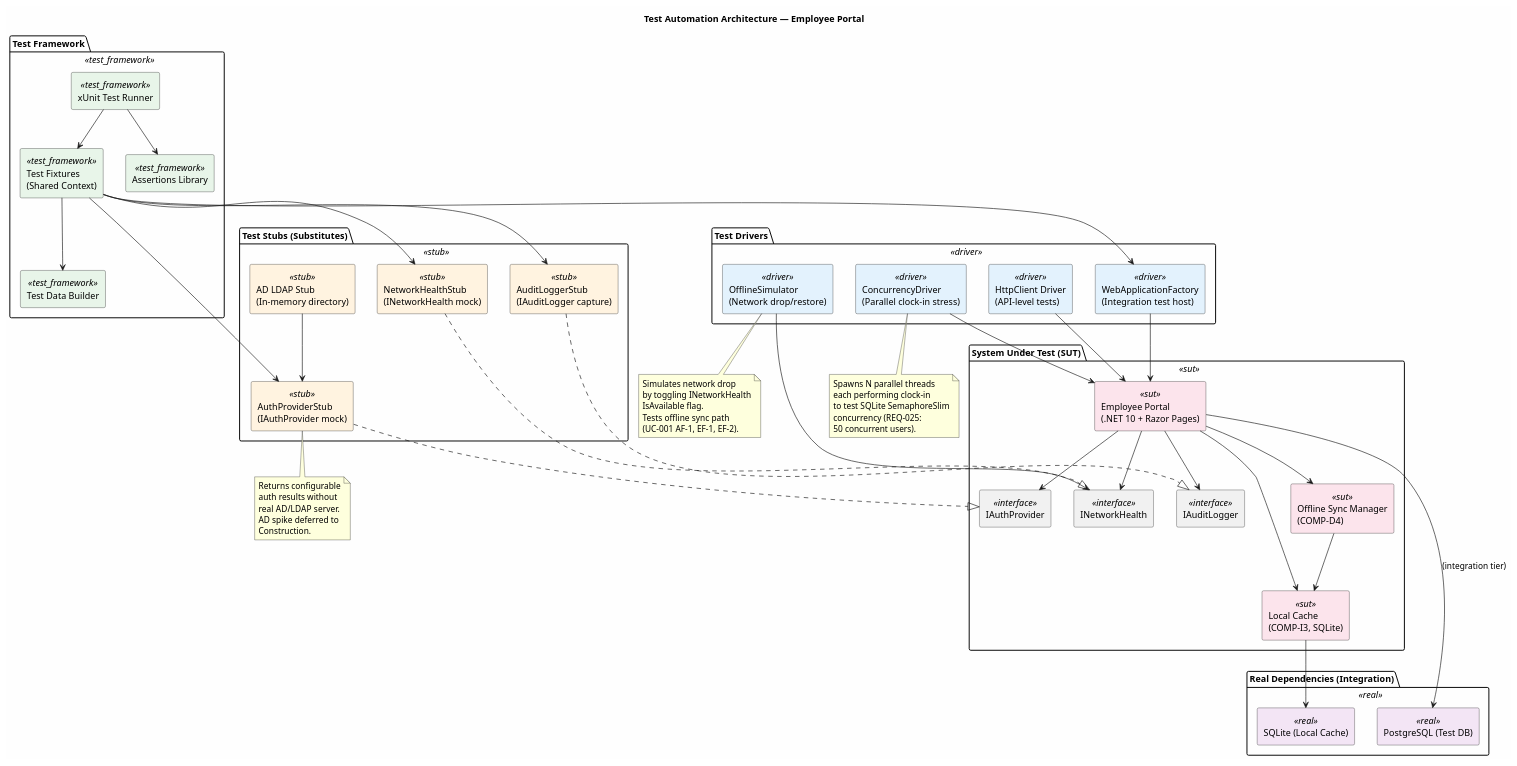
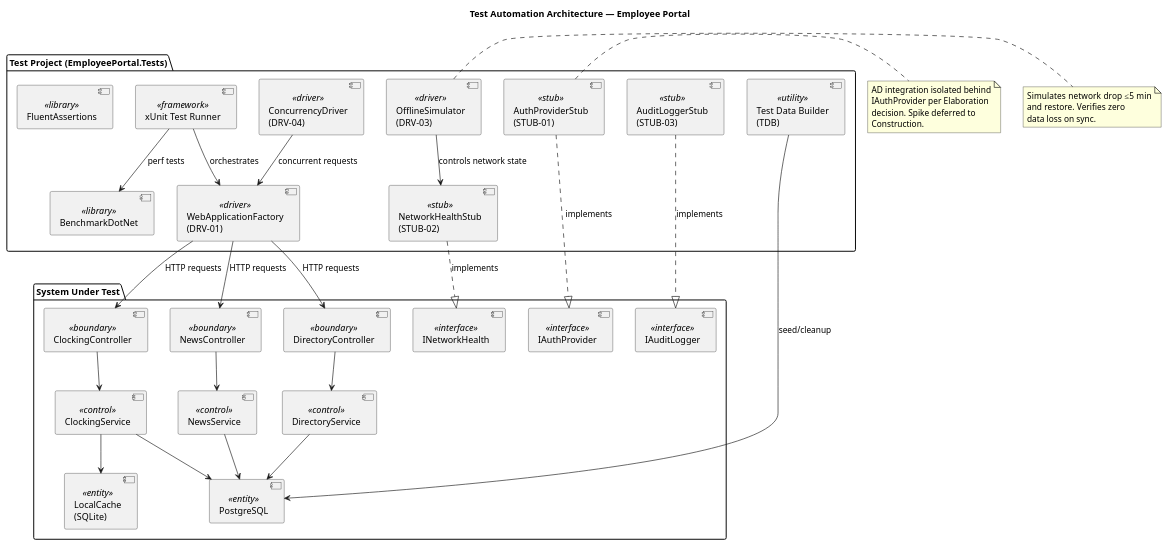
The first of 4 diagrams in docs/artifacts/test/test-case.md (banense-test/demo-janke-lab), drawn with PlantUML before and after one commit. The commit also changed other lines of this file, not shown here.

Commit message:
Test Designer [E2]: upsert Test Case
[skip ci]

```diff
--- a/docs/artifacts/test/test-case.md
+++ b/docs/artifacts/test/test-case.md
@@ -62,101 +67,63 @@
 @startuml
 title Test Automation Architecture — Employee Portal
 
-skinparam componentStyle rectangle
-skinparam backgroundColor #fefefe
-skinparam component {
-  BackgroundColor<<test_framework>> #e8f5e9
-  BackgroundColor<<stub>> #fff3e0
-  BackgroundColor<<driver>> #e3f2fd
-  BackgroundColor<<sut>> #fce4ec
-  BackgroundColor<<real>> #f3e5f5
+package "Test Project (EmployeePortal.Tests)" {
+  component "WebApplicationFactory\n(DRV-01)" as DRV01 <<driver>>
+  component "AuthProviderStub\n(STUB-01)" as STUB01 <<stub>>
+  component "NetworkHealthStub\n(STUB-02)" as STUB02 <<stub>>
+  component "AuditLoggerStub\n(STUB-03)" as STUB03 <<stub>>
+  component "OfflineSimulator\n(DRV-03)" as DRV03 <<driver>>
+  component "ConcurrencyDriver\n(DRV-04)" as DRV04 <<driver>>
+  component "Test Data Builder\n(TDB)" as TDB <<utility>>
+  component "xUnit Test Runner" as RUNNER <<framework>>
+  component "FluentAssertions" as FLUENT <<library>>
+  component "BenchmarkDotNet" as BENCH <<library>>
 }
 
-package "System Under Test (SUT)" <<sut>> {
-  component "Employee Portal\n(.NET 10 + Razor Pages)" as SUT <<sut>>
+package "System Under Test" {
+  component "ClockingController" as CC <<boundary>>
+  component "ClockingService" as CS <<control>>
+  component "NewsController" as NC <<boundary>>
+  component "NewsService" as NS <<control>>
+  component "DirectoryController" as DC <<boundary>>
+  component "DirectoryService" as DS <<control>>
   component "IAuthProvider" as IAUTH <<interface>>
   component "INetworkHealth" as INET <<interface>>
-  component "IAuditLogger" as ILOG <<interface>>
-  component "Offline Sync Manager\n(COMP-D4)" as SYNC <<sut>>
-  component "Local Cache\n(COMP-I3, SQLite)" as CACHE <<sut>>
+  component "IAuditLogger" as IAUDIT <<interface>>
+  component "LocalCache\n(SQLite)" as CACHE <<entity>>
+  component "PostgreSQL" as PG <<entity>>
 }
 
-package "Test Framework" <<test_framework>> {
-  component "xUnit Test Runner" as XUNIT <<test_framework>>
-  component "Test Fixtures\n(Shared Context)" as FIX <<test_framework>>
-  component "Test Data Builder" as TDB <<test_framework>>
-  component "Assertions Library" as ASSERT <<test_framework>>
-}
+DRV01 --> CC : HTTP requests
+DRV01 --> NC : HTTP requests
+DRV01 --> DC : HTTP requests
+STUB01 ..|> IAUTH : implements
+STUB02 ..|> INET : implements
+STUB03 ..|> IAUDIT : implements
+DRV03 --> STUB02 : controls network state
+DRV04 --> DRV01 : concurrent requests
+TDB --> PG : seed/cleanup
+RUNNER --> DRV01 : orchestrates
+RUNNER --> BENCH : perf tests
+CC --> CS
+CS --> CACHE
+CS --> PG
+NC --> NS
+NS --> PG
+DC --> DS
+DS --> PG
 
-package "Test Stubs (Substitutes)" <<stub>> {
-  component "AuthProviderStub\n(IAuthProvider mock)" as STUB_AUTH <<stub>>
-  component "NetworkHealthStub\n(INetworkHealth mock)" as STUB_NET <<stub>>
-  component "AuditLoggerStub\n(IAuditLogger capture)" as STUB_LOG <<stub>>
-  component "AD LDAP Stub\n(In-memory directory)" as STUB_AD <<stub>>
-}
-
-package "Test Drivers" <<driver>> {
-  component "WebApplicationFactory\n(Integration test host)" as DRV_WEB <<driver>>
-  component "HttpClient Driver\n(API-level tests)" as DRV_HTTP <<driver>>
-  component "OfflineSimulator\n(Network drop/restore)" as DRV_OFFLINE <<driver>>
-  component "ConcurrencyDriver\n(Parallel clock-in stress)" as DRV_CONC <<driver>>
-}
-
-package "Real Dependencies (Integration)" <<real>> {
-  component "PostgreSQL (Test DB)" as REAL_PG <<real>>
-  component "SQLite (Local Cache)" as REAL_SQLITE <<real>>
-}
-
-XUNIT --> FIX
-XUNIT --> ASSERT
-FIX --> TDB
-FIX --> DRV_WEB
-FIX --> STUB_AUTH
-FIX --> STUB_NET
-FIX --> STUB_LOG
-
-DRV_WEB --> SUT
-DRV_HTTP --> SUT
-DRV_OFFLINE --> INET
-DRV_CONC --> SUT
-
-STUB_AUTH ..|> IAUTH
-STUB_NET ..|> INET
-STUB_LOG ..|> ILOG
-STUB_AD --> STUB_AUTH
-
-SUT --> REAL_PG : (integration tier)
-SUT --> CACHE
-CACHE --> REAL_SQLITE
-
-SUT --> IAUTH
-SUT --> INET
-SUT --> ILOG
-SUT --> SYNC
-SYNC --> CACHE
-
-note bottom of STUB_AUTH
-  Returns configurable
-  auth results without
-  real AD/LDAP server.
-  AD spike deferred to
+note right of STUB01
+  AD integration isolated behind
+  IAuthProvider per Elaboration
+  decision. Spike deferred to
   Construction.
 end note
 
-note bottom of DRV_OFFLINE
-  Simulates network drop
-  by toggling INetworkHealth
-  IsAvailable flag.
-  Tests offline sync path
-  (UC-001 AF-1, EF-1, EF-2).
-end note
-
-note bottom of DRV_CONC
-  Spawns N parallel threads
-  each performing clock-in
-  to test SQLite SemaphoreSlim
-  concurrency (REQ-025:
-  50 concurrent users).
+note right of DRV03
+  Simulates network drop ≤5 min
+  and restore. Verifies zero
+  data loss on sync.
 end note
 
 @enduml
```
